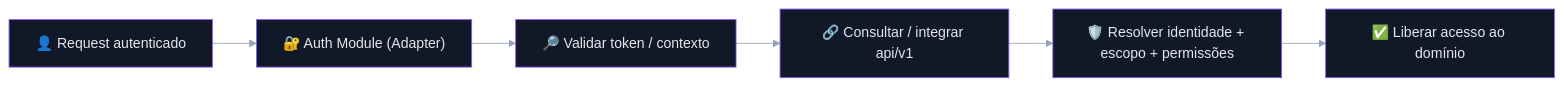
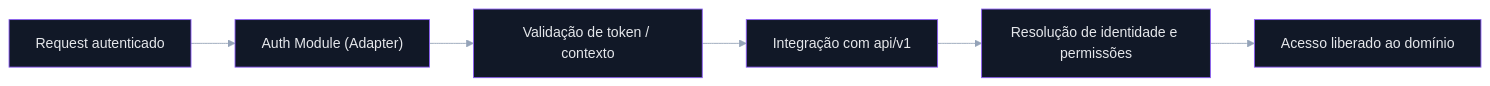
The third of 11 diagrams in README.md (matheusdiamantino-betalent/IA), drawn with Mermaid before and after one commit. The commit also changed other lines of this file, not shown here.

````diff
--- a/README.md
+++ b/README.md
@@ -730,22 +662,22 @@
 ```mermaid
 %%{init: {
   "theme": "base",
   "themeVariables": {
     "background": "#0b1220",
     "primaryColor": "#111827",
     "primaryTextColor": "#e5e7eb",
     "primaryBorderColor": "#8b5cf6",
     "secondaryColor": "#0f172a",
     "secondaryTextColor": "#e5e7eb",
     "tertiaryColor": "#111827",
     "tertiaryTextColor": "#e5e7eb",
     "lineColor": "#94a3b8"
   }
 }}%%
 flowchart LR
-    A["👤 Request autenticado"] --> B["🔐 Auth Module (Adapter)"]
-    B --> C["🔎 Validar token / contexto"]
-    C --> D["🔗 Consultar / integrar api/v1"]
-    D --> E["🛡️ Resolver identidade + escopo + permissões"]
-    E --> F["✅ Liberar acesso ao domínio"]
+    A["Request autenticado"] --> B["Auth Module (Adapter)"]
+    B --> C["Validação de token / contexto"]
+    C --> D["Integração com api/v1"]
+    D --> E["Resolução de identidade e permissões"]
+    E --> F["Acesso liberado ao domínio"]
 ```
````
